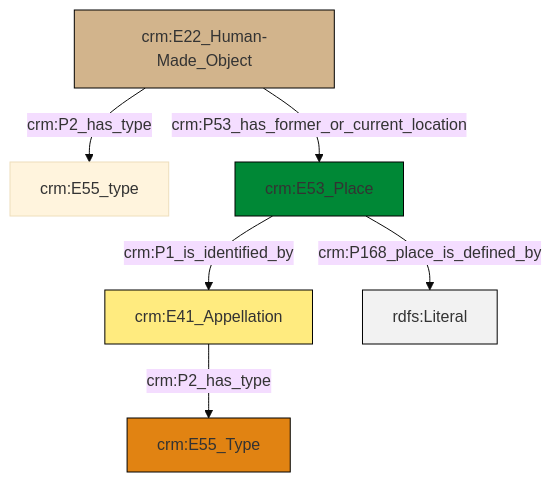
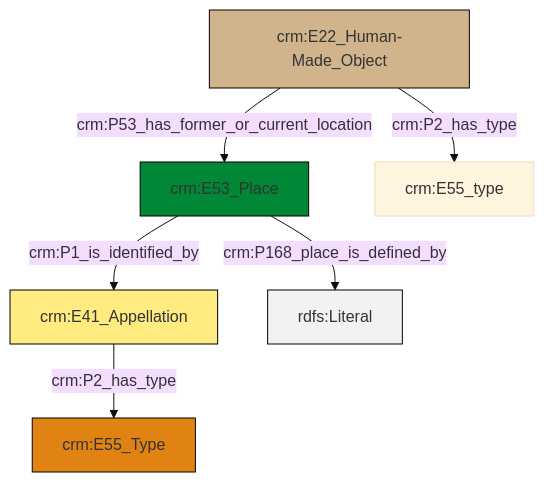
One commit to swiss-art-research-net/reference-data-models changed the diagram in et/builtWorkCSV/ttl/mmd/Built_Work_location.ttl.mmd. Above: the diagram before and after it, drawn with Mermaid (base theme). The commit also changed 121 other files, not shown here.

```diff
--- a/et/builtWorkCSV/ttl/mmd/Built_Work_location.ttl.mmd
+++ b/et/builtWorkCSV/ttl/mmd/Built_Work_location.ttl.mmd
@@ -1,20 +1,20 @@
 graph TD
 classDef Literal fill:#f2f2f2,stroke:#000000;
 classDef CRM_Entity fill:#FFFFFF,stroke:#000000;
 classDef Temporal_Entity fill:#00C9E6, stroke:#000000;
 classDef Type fill:#E18312, stroke:#000000;
 classDef Time-Span fill:#2C9C91, stroke:#000000;
 classDef Appellation fill:#FFEB7F, stroke:#000000;
 classDef Place fill:#008836, stroke:#000000;
 classDef Persistent_Item fill:#B266B2, stroke:#000000;
 classDef Conceptual_Object fill:#FFD700, stroke:#000000;
 classDef Physical_Thing fill:#D2B48C, stroke:#000000;
 classDef Actor fill:#f58aad, stroke:#000000;
 classDef PC_Classes fill:#4ce600, stroke:#000000;
 classDef Multi fill:#cccccc,stroke:#000000;
 
-4["crm:E53_Place"]:::Place -->|crm:P1_is_identified_by| 5["crm:E41_Appellation"]:::Appellation
-6["crm:E22_Human-Made_Object"]:::Physical_Thing -->|crm:P2_has_type| 0["crm:E55_type"]:::Default
-5["crm:E41_Appellation"]:::Appellation -->|crm:P2_has_type| 2["crm:E55_Type"]:::Type
-6["crm:E22_Human-Made_Object"]:::Physical_Thing -->|crm:P53_has_former_or_current_location| 4["crm:E53_Place"]:::Place
-4["crm:E53_Place"]:::Place -->|crm:P168_place_is_defined_by| 10[rdfs:Literal]:::Literal
+0["crm:E22_Human-Made_Object"]:::Physical_Thing -->|crm:P53_has_former_or_current_location| 1["crm:E53_Place"]:::Place
+3["crm:E41_Appellation"]:::Appellation -->|crm:P2_has_type| 4["crm:E55_Type"]:::Type
+1["crm:E53_Place"]:::Place -->|crm:P1_is_identified_by| 3["crm:E41_Appellation"]:::Appellation
+1["crm:E53_Place"]:::Place -->|crm:P168_place_is_defined_by| 8[rdfs:Literal]:::Literal
+0["crm:E22_Human-Made_Object"]:::Physical_Thing -->|crm:P2_has_type| 9["crm:E55_type"]:::Default
```
